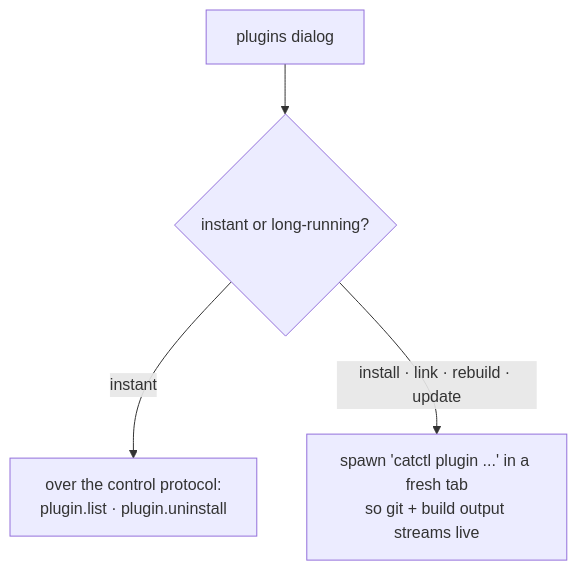
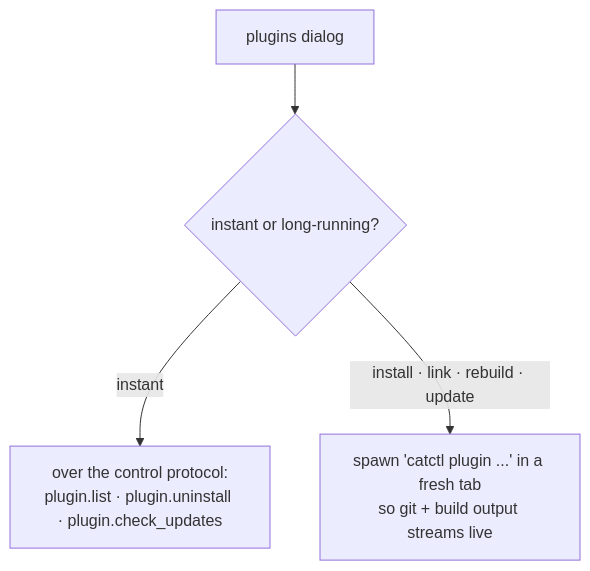
The third of 3 diagrams in docs/subsystems/plugins.md (rohanthewiz/cats), drawn with Mermaid before and after one commit. The commit also changed other lines of this file and 19 other files, not shown here.

````diff
--- a/docs/subsystems/plugins.md
+++ b/docs/subsystems/plugins.md
@@ -481,11 +482,11 @@
 ```mermaid
 flowchart TD
   UI["plugins dialog"]
   INSTANT{"instant or long-running?"}
-  CMD["over the control protocol:<br/>plugin.list · plugin.uninstall"]
+  CMD["over the control protocol:<br/>plugin.list · plugin.uninstall · plugin.check_updates"]
   SPAWN["spawn 'catctl plugin ...' in a fresh tab<br/>so git + build output streams live"]
 
   UI --> INSTANT
   INSTANT -->|"instant"| CMD
   INSTANT -->|"install · link · rebuild · update"| SPAWN
 ```
````
